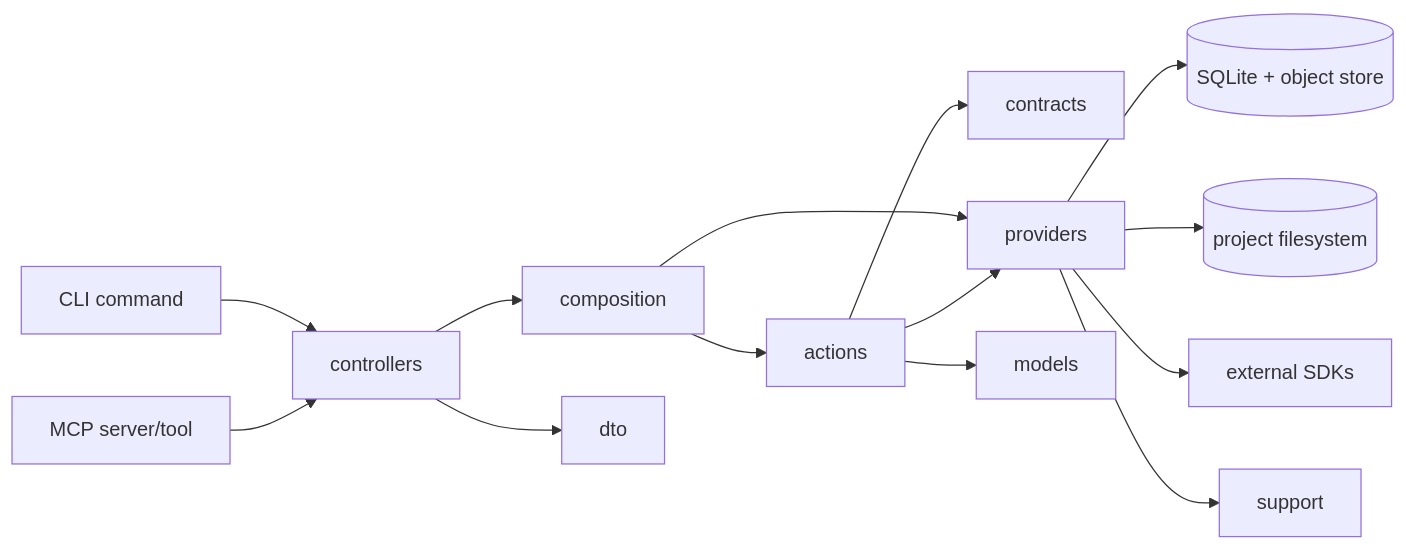
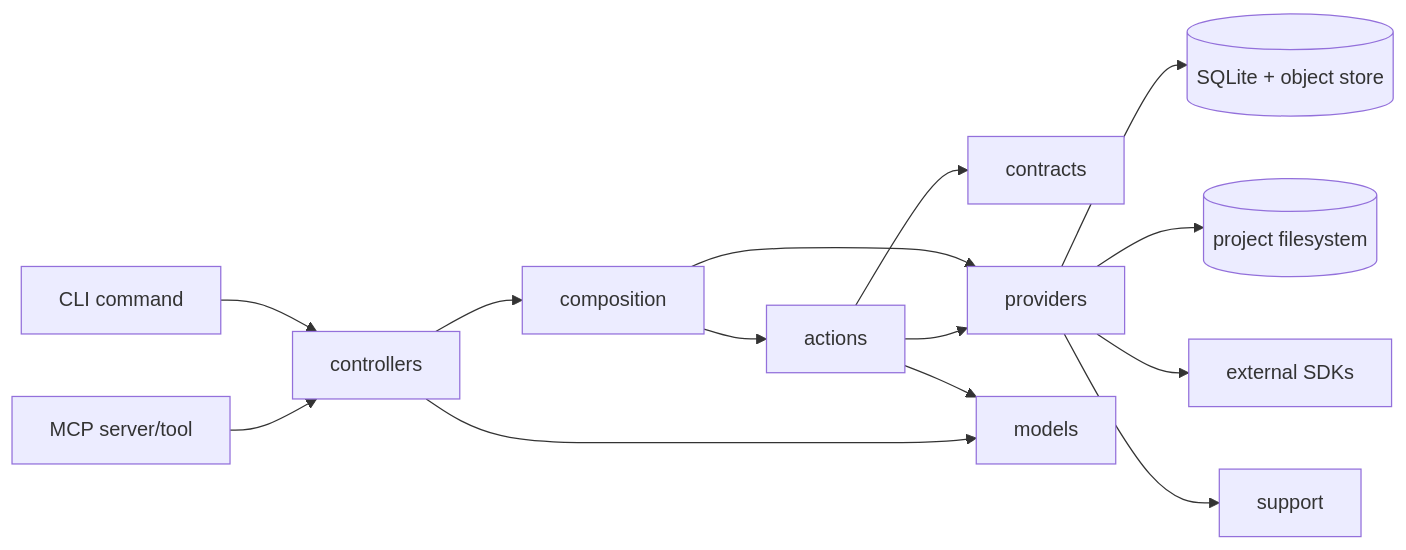
Before and after one commit to konteks/cli: the diagram in docs/development/directory-structure.md, drawn with Mermaid. The commit also changed other lines of this file and 17 other files, not shown here.

````diff
--- a/docs/development/directory-structure.md
+++ b/docs/development/directory-structure.md
@@ -23,16 +22,16 @@
 ```mermaid
 graph LR
     CLI[CLI command] --> C[controllers]
     MCP[MCP server/tool] --> C
     C --> X[composition]
     X --> A[actions]
     A --> K[contracts]
     X --> P[providers]
     A --> P
     P --> DB[(SQLite + object store)]
     P --> FS[(project filesystem)]
     P --> EXT[external SDKs]
     A --> M[models]
-    C --> DTO[dto]
+    C --> M
     P --> S[support]
 ```
````
